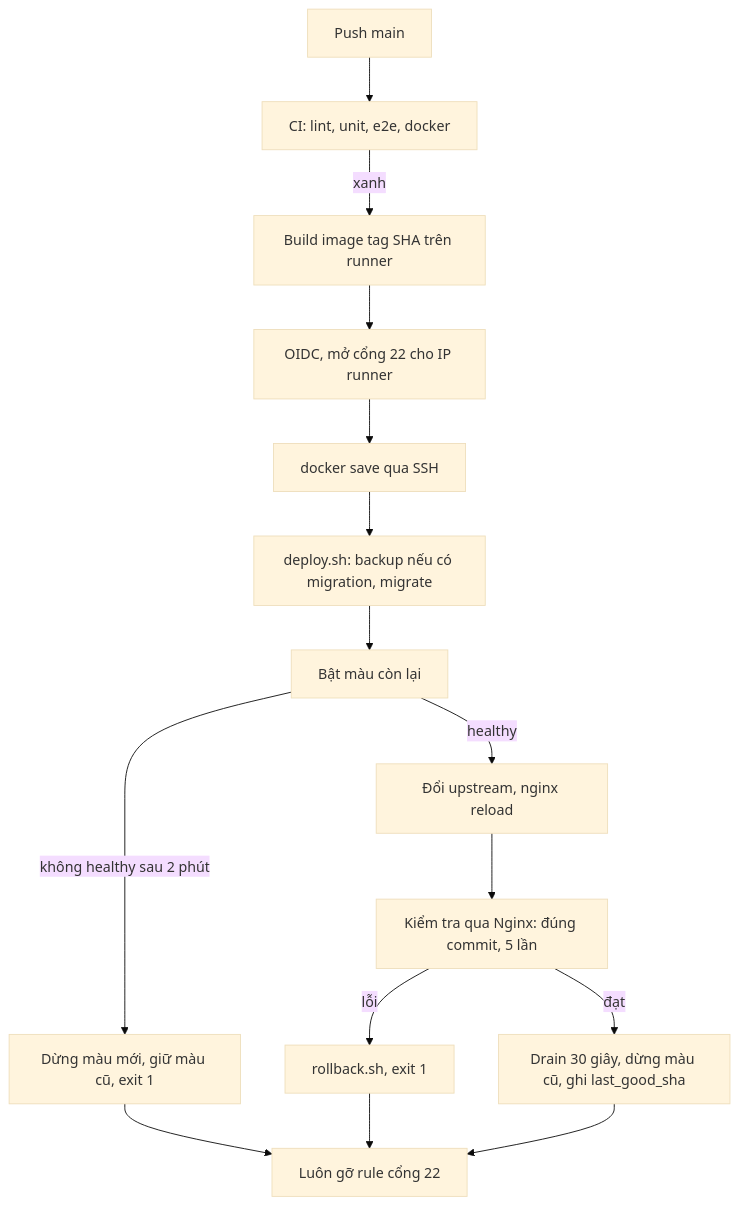
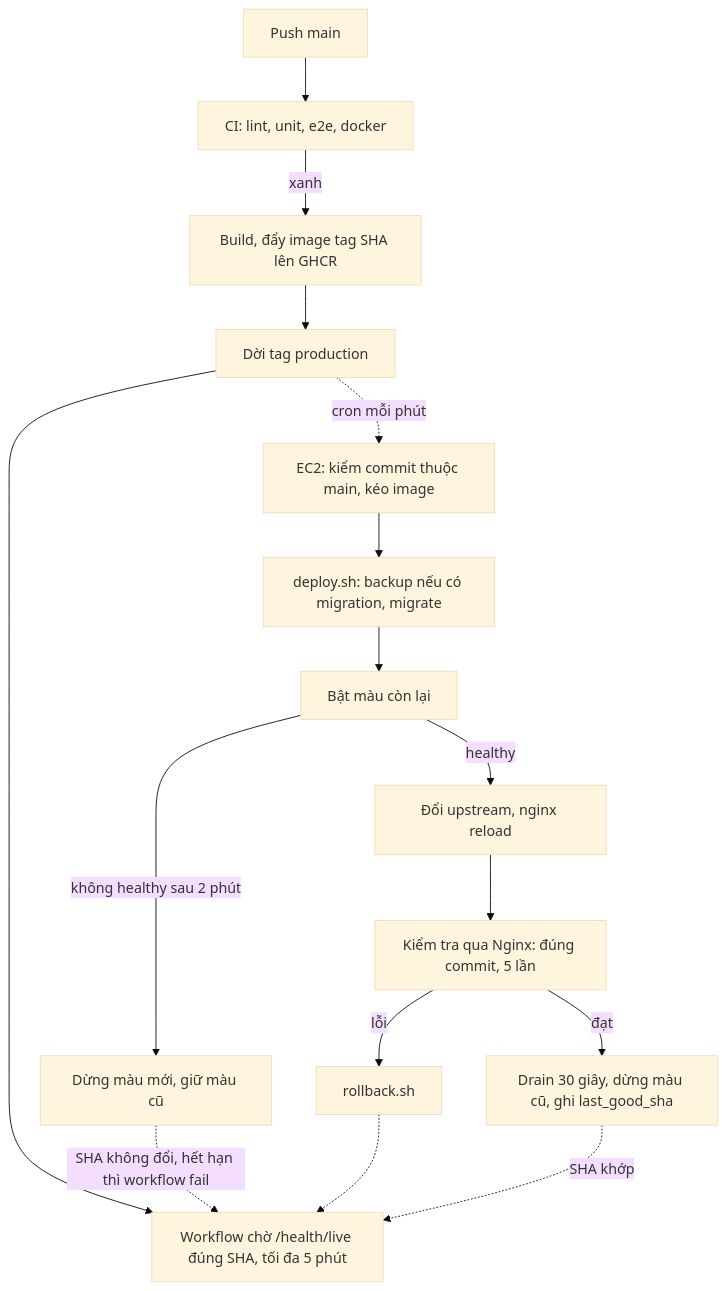
The sixth of 6 diagrams in docs/architecture.md (NguyenThaiDung2003/shopfast), drawn with Mermaid (base theme) before and after one commit. The commit also changed other lines of this file and 5 other files, not shown here.

````diff
--- a/docs/architecture.md
+++ b/docs/architecture.md
@@ -138,17 +143,18 @@
 ```mermaid
 flowchart TB
   push[Push main] --> ci[CI: lint, unit, e2e, docker]
-  ci -->|xanh| build[Build image tag SHA trên runner]
-  build --> open[OIDC, mở cổng 22 cho IP runner]
-  open --> load[docker save qua SSH]
-  load --> mig[deploy.sh: backup nếu có migration, migrate]
+  ci -->|xanh| build[Build, đẩy image tag SHA lên GHCR]
+  build --> tag[Dời tag production]
+  tag --> wait[Workflow chờ /health/live đúng SHA, tối đa 5 phút]
+  tag -.->|cron mỗi phút| pull[EC2: kiểm commit thuộc main, kéo image]
+  pull --> mig[deploy.sh: backup nếu có migration, migrate]
   mig --> up[Bật màu còn lại]
-  up -->|không healthy sau 2 phút| keep[Dừng màu mới, giữ màu cũ, exit 1]
+  up -->|không healthy sau 2 phút| keep[Dừng màu mới, giữ màu cũ]
   up -->|healthy| sw[Đổi upstream, nginx reload]
   sw --> ver[Kiểm tra qua Nginx: đúng commit, 5 lần]
-  ver -->|lỗi| rb[rollback.sh, exit 1]
+  ver -->|lỗi| rb[rollback.sh]
   ver -->|đạt| drain[Drain 30 giây, dừng màu cũ, ghi last_good_sha]
-  keep --> close[Luôn gỡ rule cổng 22]
-  rb --> close
-  drain --> close
+  drain -.->|SHA khớp| wait
+  keep -.->|SHA không đổi, hết hạn thì workflow fail| wait
+  rb -.-> wait
 ```
````
